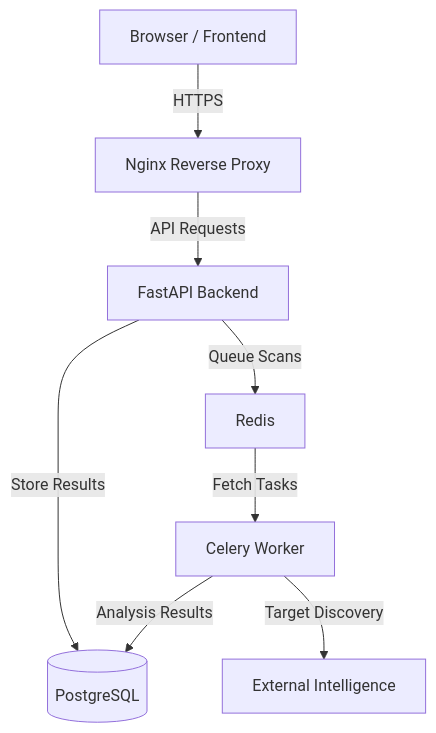
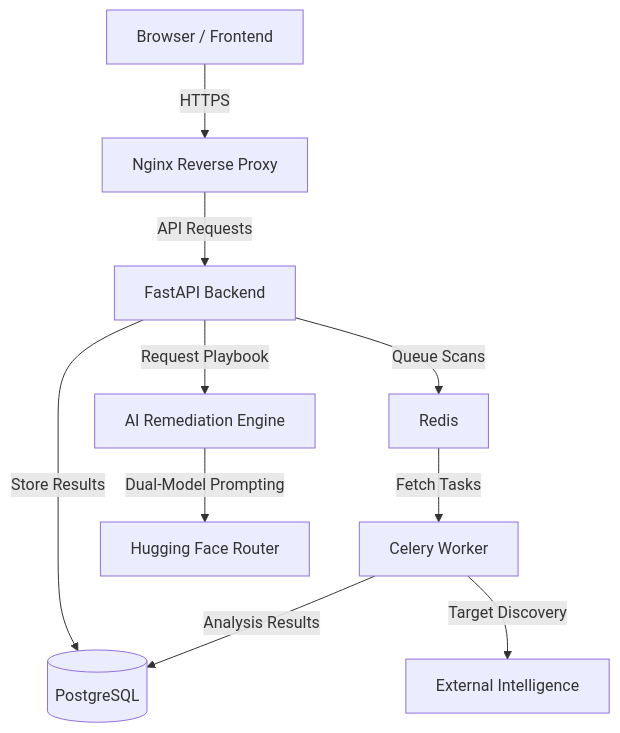
One commit to ravi-choudhary9708/project-spand changed the diagram in docs/01_ARCHITECTURE.md. Above: the diagram before and after it, drawn with Mermaid. The commit also changed other lines of this file and 3 other files, not shown here.

````diff
--- a/docs/01_ARCHITECTURE.md
+++ b/docs/01_ARCHITECTURE.md
@@ -9,10 +9,12 @@
 ```mermaid
 graph TD
     A[Browser / Frontend] -->|HTTPS| B[Nginx Reverse Proxy]
     B -->|API Requests| C[FastAPI Backend]
     C -->|Store Results| D[(PostgreSQL)]
     C -->|Queue Scans| E[Redis]
     E -->|Fetch Tasks| F[Celery Worker]
     F -->|Analysis Results| D
     F -->|Target Discovery| G[External Intelligence]
+    C -->|Request Playbook| H[AI Remediation Engine]
+    H -->|Dual-Model Prompting| I[Hugging Face Router]
 ```
````
